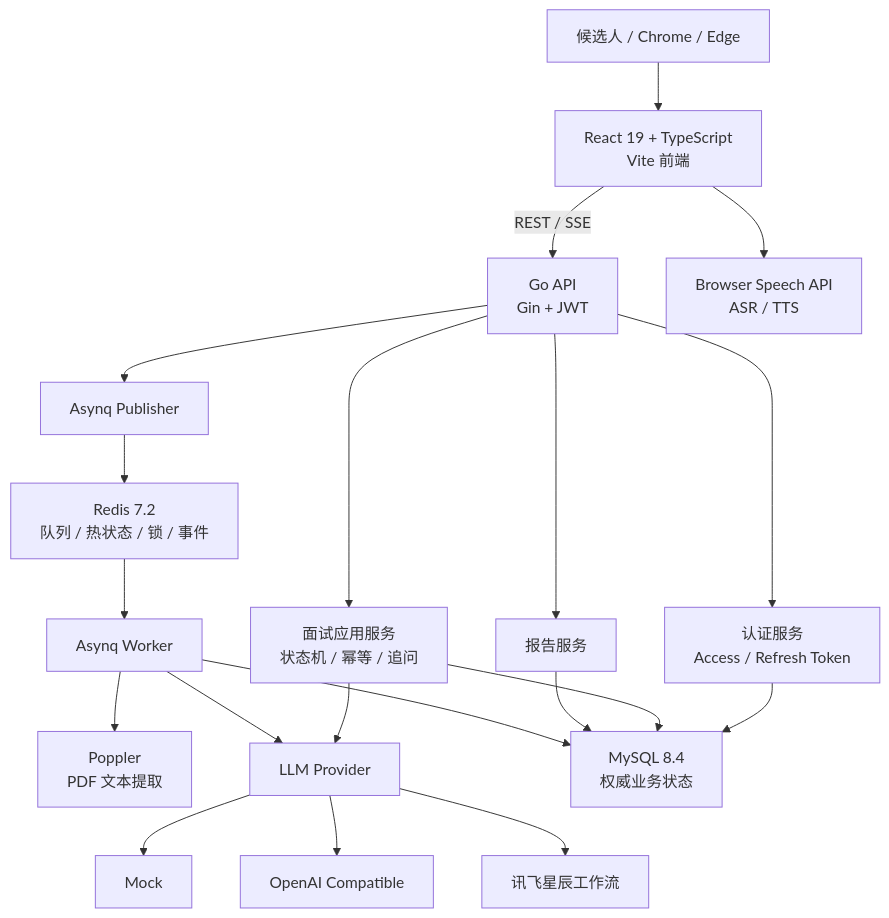
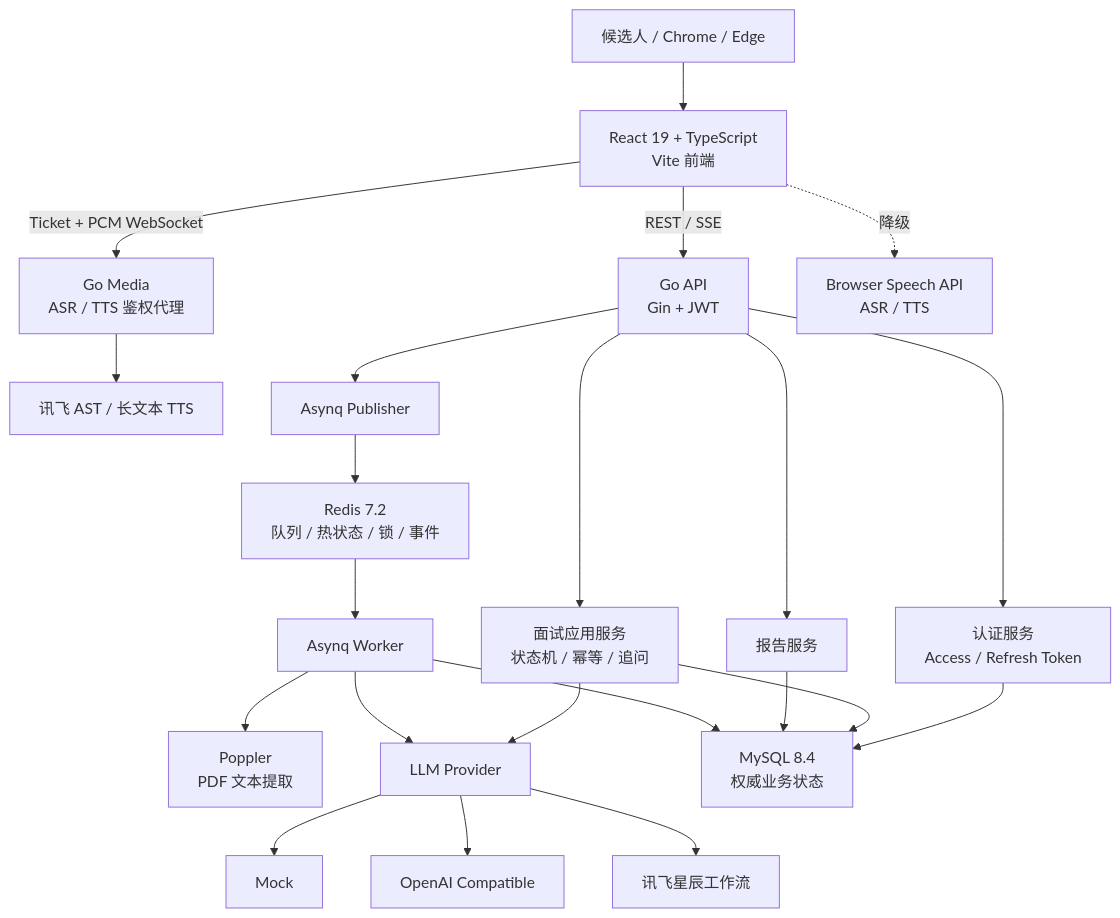
The second of 2 diagrams in README.md (J1nyu123/AI-Meeting), drawn with Mermaid before and after one commit. The commit also changed other lines of this file and 42 other files, not shown here.

Commit message:
feat: add authenticated Xunfei ASR and TTS

````diff
--- a/README.md
+++ b/README.md
@@ -107,27 +106,29 @@
 ```mermaid
 flowchart TB
   User["候选人 / Chrome / Edge"] --> Web["React 19 + TypeScript<br/>Vite 前端"]
 
   Web -->|"REST / SSE"| API["Go API<br/>Gin + JWT"]
-  Web --> Speech["Browser Speech API<br/>ASR / TTS"]
+  Web -->|"Ticket + PCM WebSocket"| Media["Go Media<br/>ASR / TTS 鉴权代理"]
+  Media --> XunfeiMedia["讯飞 AST / 长文本 TTS"]
+  Web -.降级.-> Speech["Browser Speech API<br/>ASR / TTS"]
 
   API --> Auth["认证服务<br/>Access / Refresh Token"]
   API --> Interview["面试应用服务<br/>状态机 / 幂等 / 追问"]
   API --> Report["报告服务"]
   API --> Publisher["Asynq Publisher"]
 
   Publisher --> Redis["Redis 7.2<br/>队列 / 热状态 / 锁 / 事件"]
   Redis --> Worker["Asynq Worker"]
   Worker --> PDF["Poppler<br/>PDF 文本提取"]
 
   Interview --> Provider["LLM Provider"]
   Worker --> Provider
   Provider --> Mock["Mock"]
   Provider --> OpenAI["OpenAI Compatible"]
   Provider --> XingChen["讯飞星辰工作流"]
 
   Auth --> MySQL["MySQL 8.4<br/>权威业务状态"]
   Interview --> MySQL
   Report --> MySQL
   Worker --> MySQL
 ```
````
